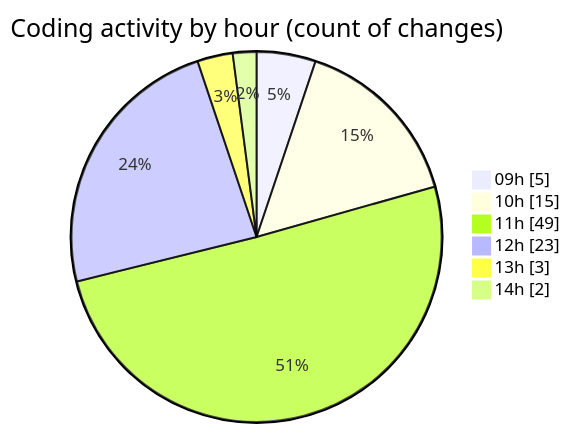
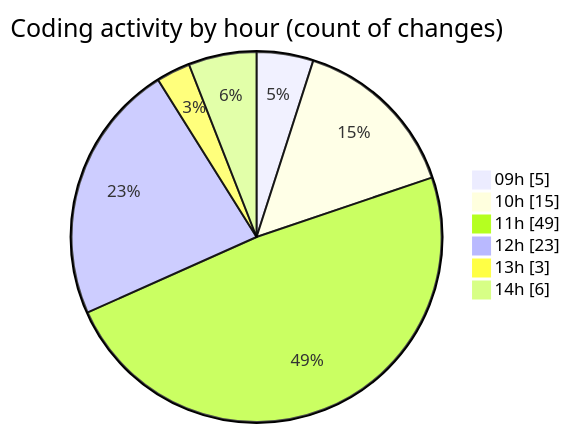
Before and after one commit to CELIANVF/code-tracking: the second of 2 diagrams in 2025-06-13/ecodeli-1/README.md, drawn with Mermaid. The commit also changed other lines of this file and 1 other file, not shown here.

````diff
--- a/2025-06-13/ecodeli-1/README.md
+++ b/2025-06-13/ecodeli-1/README.md
@@ -51,10 +51,10 @@
 ```mermaid
 pie showData
 title Coding activity by hour (count of changes)
 "09h" : 5
 "10h" : 15
 "11h" : 49
 "12h" : 23
 "13h" : 3
-"14h" : 2
+"14h" : 6
 ```
````
